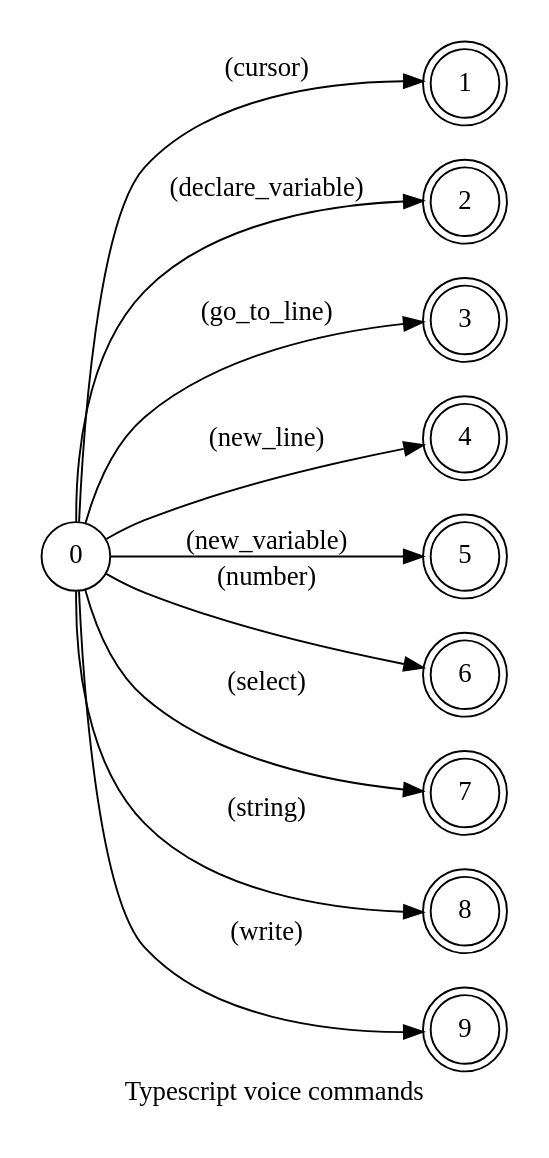
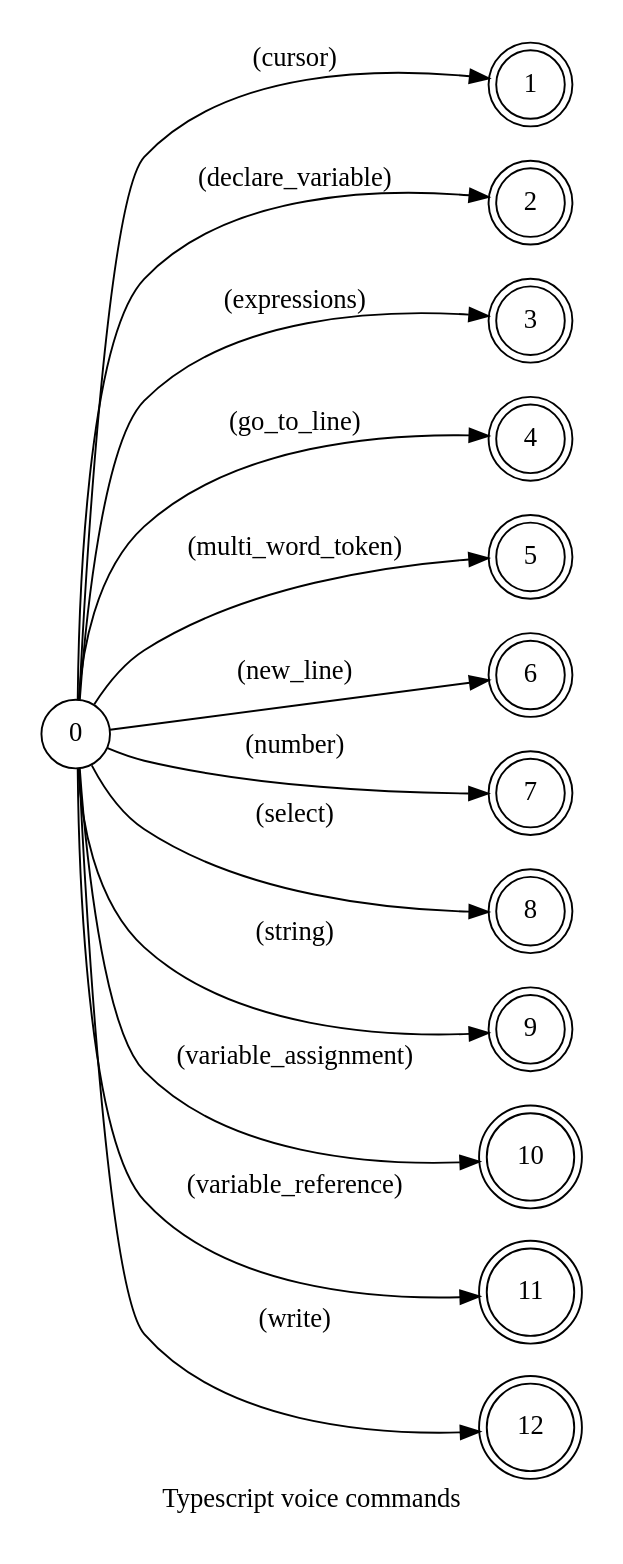
One commit to pedrooaugusto/speech-to-code changed the diagram in spoken/src/modules/typescript/typescript.dot. Above: the diagram before and after it, drawn with Graphviz. The commit also changed 71 other files, not shown here.

```diff
--- a/spoken/src/modules/typescript/typescript.dot
+++ b/spoken/src/modules/typescript/typescript.dot
@@ -1,25 +1,28 @@
 digraph TypeScript {
     id="typescript";
     label="Typescript voice commands";
     lang="en-US";
     langName="English";
     pad="0.2";
     rankdir=LR;
     node[shape=circle]; 0;
     node[shape=doublecircle];
 
     // START GENERATED
     0 -> 1 [label="(cursor)"];
     0 -> 2 [label="(declare_variable)"];
-    0 -> 3 [label="(go_to_line)"];
-    0 -> 4 [label="(new_line)"];
-    0 -> 5 [label="(new_variable)"];
-    0 -> 6 [label="(number)"];
-    0 -> 7 [label="(select)"];
-    0 -> 8 [label="(string)"];
-    0 -> 9 [label="(write)"];
+    0 -> 3 [label="(expressions)"];
+    0 -> 4 [label="(go_to_line)"];
+    0 -> 5 [label="(multi_word_token)"];
+    0 -> 6 [label="(new_line)"];
+    0 -> 7 [label="(number)"];
+    0 -> 8 [label="(select)"];
+    0 -> 9 [label="(string)"];
+    0 -> 10 [label="(variable_assignment)"];
+    0 -> 11 [label="(variable_reference)"];
+    0 -> 12 [label="(write)"];
     // END GENERATED
 
     title="Typescript voice commands";
     desc="Collection of voice commands of the typescript language";
 }
```
